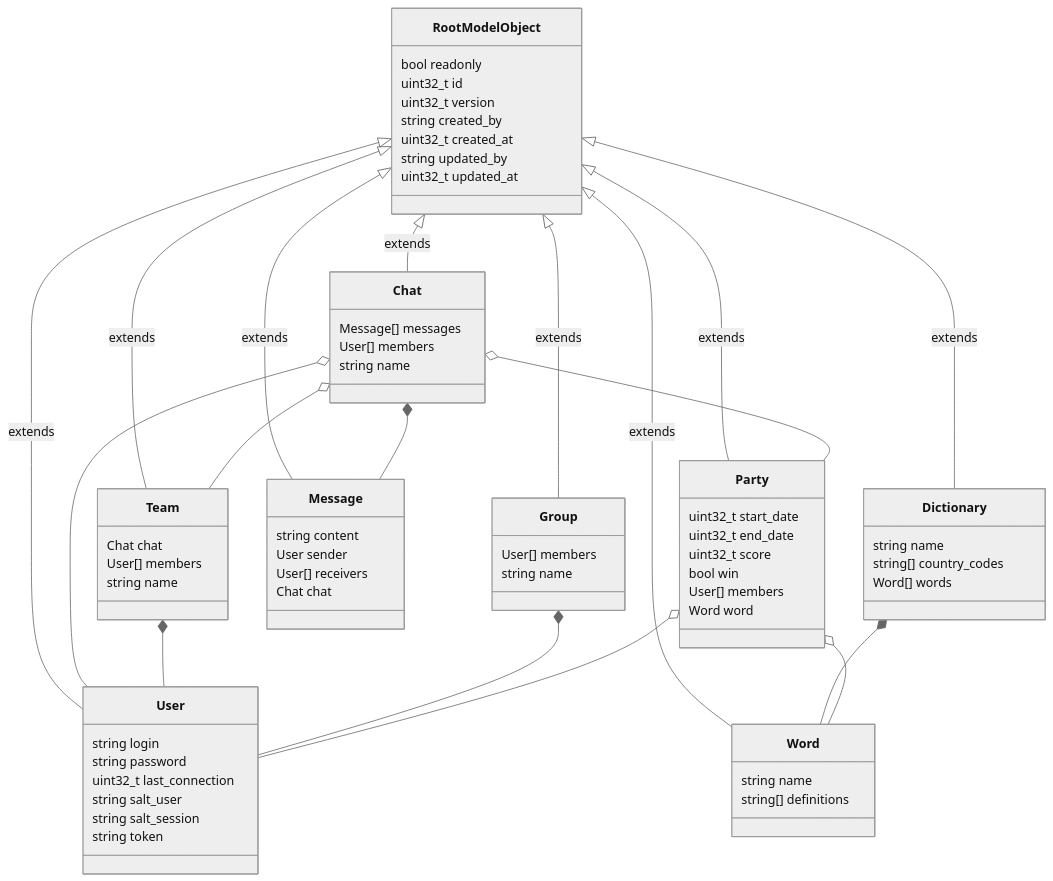
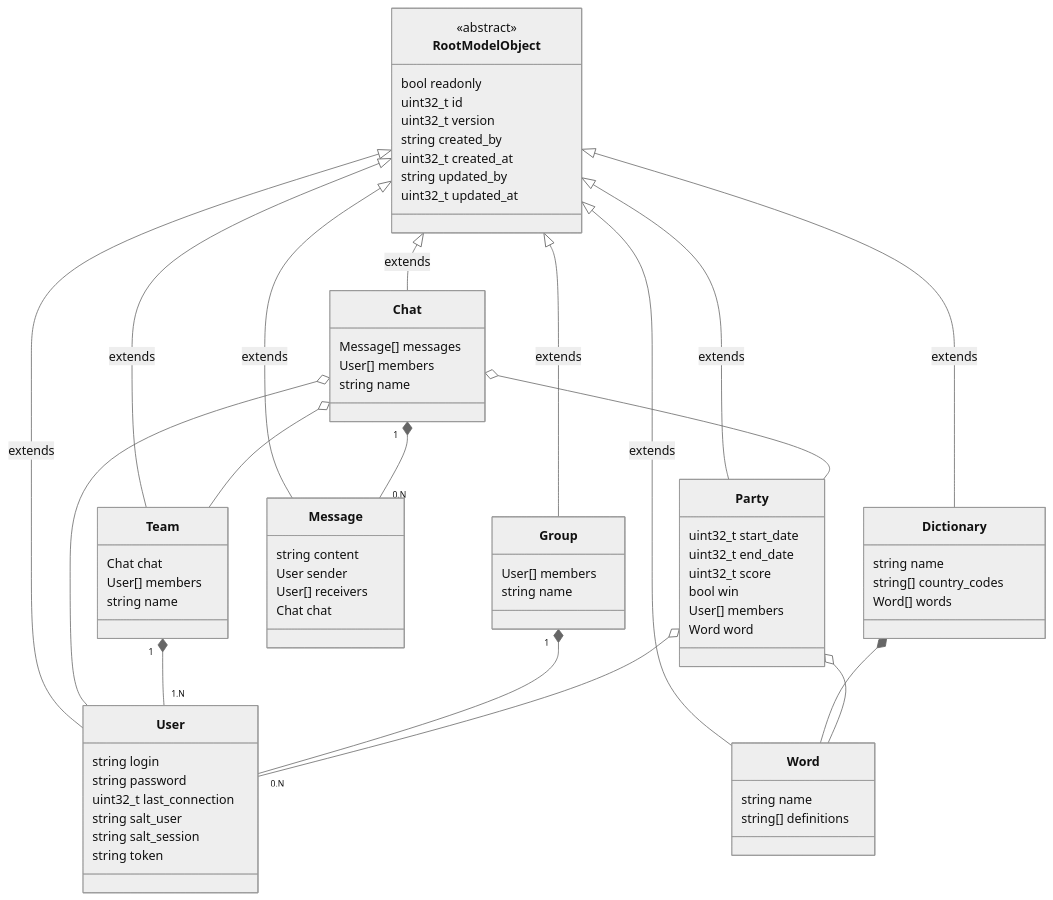
One commit to MGuillaumeF/hangman-game changed the diagram in wiki/dev-rules.md. Above: the diagram before and after it, drawn with Mermaid (neutral theme).

````diff
--- a/wiki/dev-rules.md
+++ b/wiki/dev-rules.md
@@ -57,56 +57,58 @@
 ```mermaid
 classDiagram
+class RootModelObject
+<<abstract>> RootModelObject
 RootModelObject <|-- User : extends
 RootModelObject <|-- Group : extends
 RootModelObject <|-- Word : extends
 RootModelObject <|-- Dictionary : extends
 RootModelObject <|-- Party : extends
 RootModelObject <|-- Message : extends
 RootModelObject <|-- Chat : extends
 RootModelObject <|-- Team : extends
-Chat *-- Message
+Chat "1" *-- "0.N" Message
 Chat o-- User
 Chat o-- Party
 Chat o-- Team
-Team *-- User
-Group *-- User
+Team "1" *-- "1.N" User
+Group "1" *-- "0.N" User
 Dictionary *-- Word
 Party o-- User
 Party o-- Word
 RootModelObject : bool readonly
 RootModelObject : uint32_t id
 RootModelObject : uint32_t version
 RootModelObject : string created_by
 RootModelObject : uint32_t created_at
 RootModelObject : string updated_by
 RootModelObject : uint32_t updated_at
 User : string login
 User : string password
 User : uint32_t last_connection
 User : string salt_user
 User : string salt_session
 User : string token
 Group : User[] members
 Group : string name
 Dictionary : string name
 Dictionary : string[] country_codes
 Dictionary : Word[] words
 Word : string name
 Word : string[] definitions
 Party : uint32_t start_date
 Party : uint32_t end_date
 Party : uint32_t score
 Party : bool win
 Party : User[] members
 Party : Word word
 Message : string content
 Message : User sender
 Message : User[] receivers
 Message : Chat chat
 Chat : Message[] messages
 Chat : User[] members
 Chat : string name
 Team : Chat chat
 Team : User[] members
 Team : string name
 ```
````
